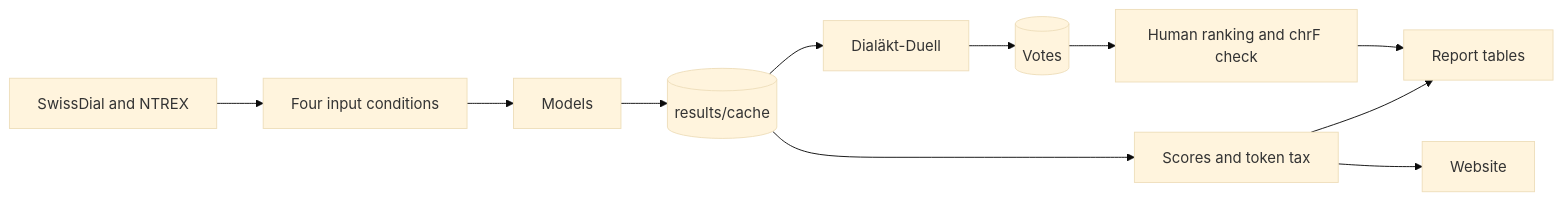
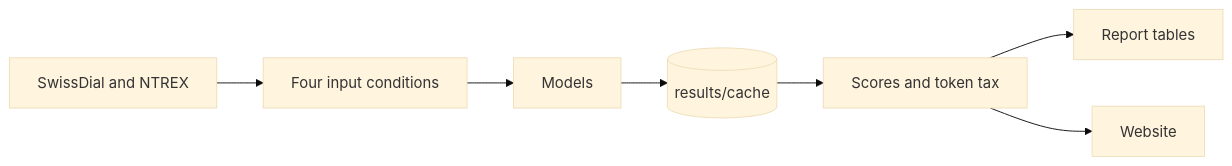
The diagram in README.md (Eroavt/gsw-eval), drawn with Mermaid (base theme) before and after one commit. The commit also changed other lines of this file and 5 other files, not shown here.

````diff
--- a/README.md
+++ b/README.md
@@ -30,13 +30,9 @@
 ```mermaid
 flowchart LR
   D[SwissDial and NTREX] --> C[Four input conditions]
   C --> M[Models]
   M --> K[(results/cache)]
   K --> S[Scores and token tax]
   S --> R[Report tables]
   S --> W[Website]
-  K --> A[Dialäkt-Duell]
-  A --> V[(Votes)]
-  V --> H[Human ranking and chrF check]
-  H --> R
 ```
````
